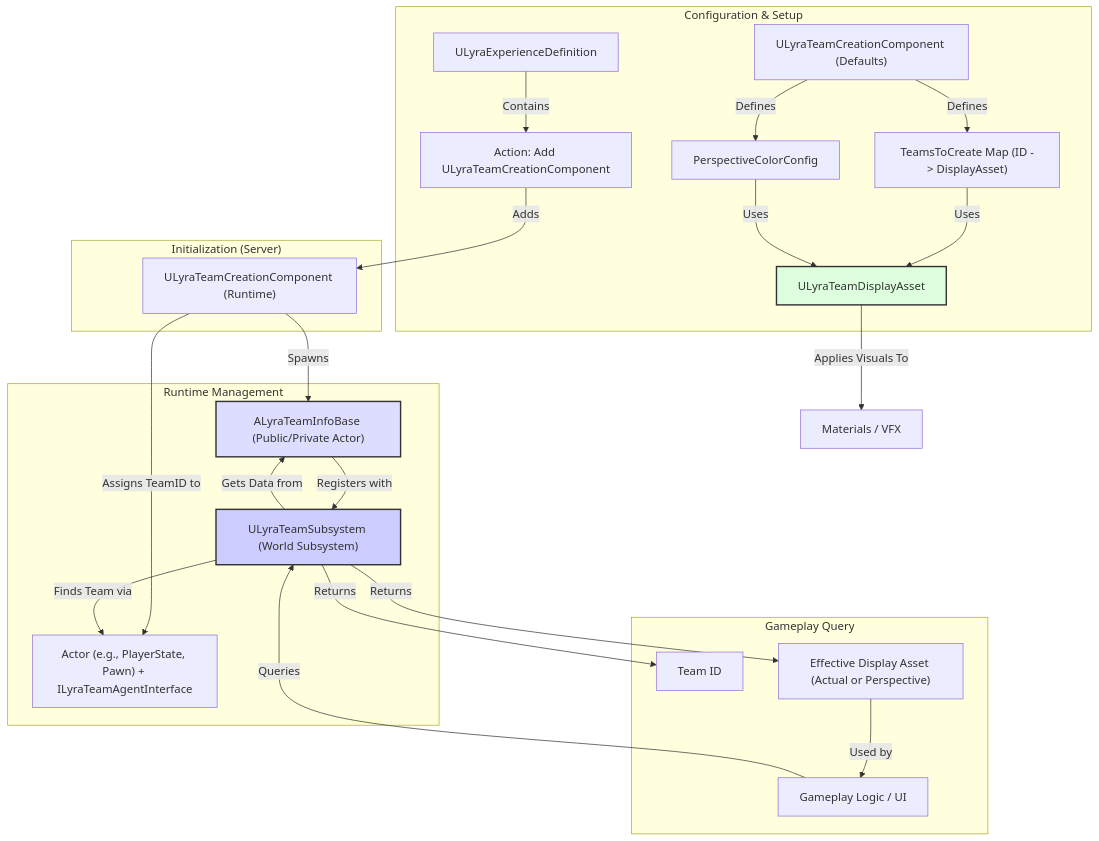
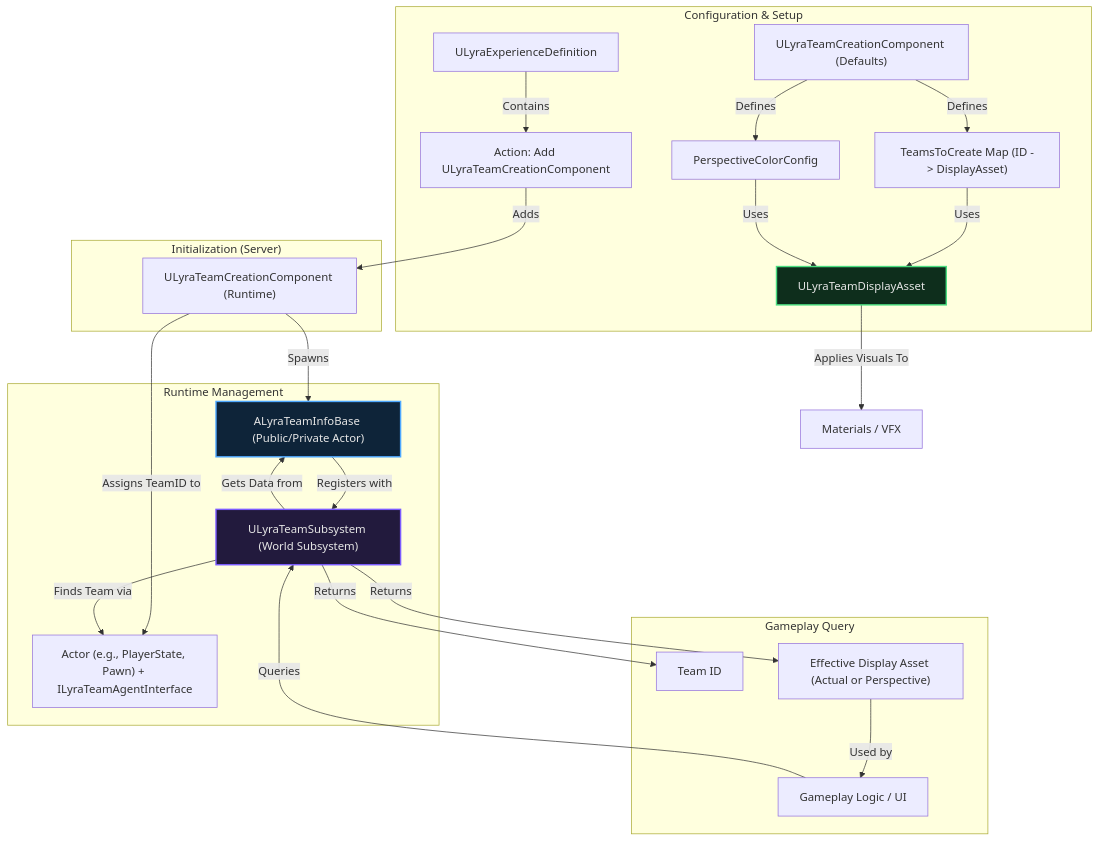
One commit to outliyr/outliyr-docs changed the second of 2 diagrams in outliyr-framework/docs/base-lyra-modified/team/README.md. Above: the diagram before and after it, drawn with Mermaid. The commit also changed 11 other files, not shown here.

````diff
--- a/outliyr-framework/docs/base-lyra-modified/team/README.md
+++ b/outliyr-framework/docs/base-lyra-modified/team/README.md
@@ -33,38 +33,38 @@
 ```mermaid
 graph TD
     subgraph "Configuration & Setup"
         Experience["ULyraExperienceDefinition"] -- Contains --> TeamCreationAction["Action: Add ULyraTeamCreationComponent"]
         TeamCreationCompConfig["ULyraTeamCreationComponent (Defaults)"] -- Defines --> TeamsToCreate["TeamsToCreate Map (ID -> DisplayAsset)"]
         TeamDisplayAsset["ULyraTeamDisplayAsset"]
         TeamsToCreate -- Uses --> TeamDisplayAsset
         TeamCreationCompConfig -- Defines --> PerspectiveConfig["PerspectiveColorConfig"]
         PerspectiveConfig -- Uses --> TeamDisplayAsset
     end
 
     subgraph "Runtime Management"
         TeamSubsystem["ULyraTeamSubsystem (World Subsystem)"]
         TeamInfo["ALyraTeamInfoBase (Public/Private Actor)"]
         TeamAgent["Actor (e.g., PlayerState, Pawn) + ILyraTeamAgentInterface"]
     end
 
     subgraph "Initialization (Server)"
         TeamCreationAction -- Adds --> TeamCreationCompRuntime["ULyraTeamCreationComponent (Runtime)"] -- Spawns --> TeamInfo
         TeamInfo -- Registers with --> TeamSubsystem
         TeamCreationCompRuntime -- Assigns TeamID to --> TeamAgent
     end
 
     subgraph "Gameplay Query"
         GameplayLogic["Gameplay Logic / UI"] -- Queries --> TeamSubsystem
         TeamSubsystem -- Finds Team via --> TeamAgent
         TeamSubsystem -- Gets Data from --> TeamInfo
         TeamSubsystem -- Returns --> TeamID["Team ID"]
         TeamSubsystem -- Returns --> EffectiveDisplayAsset["Effective Display Asset (Actual or Perspective)"]
         EffectiveDisplayAsset -- Used by --> GameplayLogic
     end
 
     TeamDisplayAsset -- Applies Visuals To --> MaterialsVFX["Materials / VFX"]
 
-    style TeamSubsystem fill:#ccf,stroke:#333,stroke-width:2px
-    style TeamInfo fill:#ddf,stroke:#333,stroke-width:2px
-    style TeamDisplayAsset fill:#dfd,stroke:#333,stroke-width:2px
+    style TeamSubsystem fill:#221a3d,stroke:#7c5cff,stroke-width:2px,color:#e6e6e6
+    style TeamInfo fill:#0e2439,stroke:#4ea8ff,stroke-width:2px,color:#e6e6e6
+    style TeamDisplayAsset fill:#0e2e1c,stroke:#4ade80,stroke-width:2px,color:#e6e6e6
 ```
````
